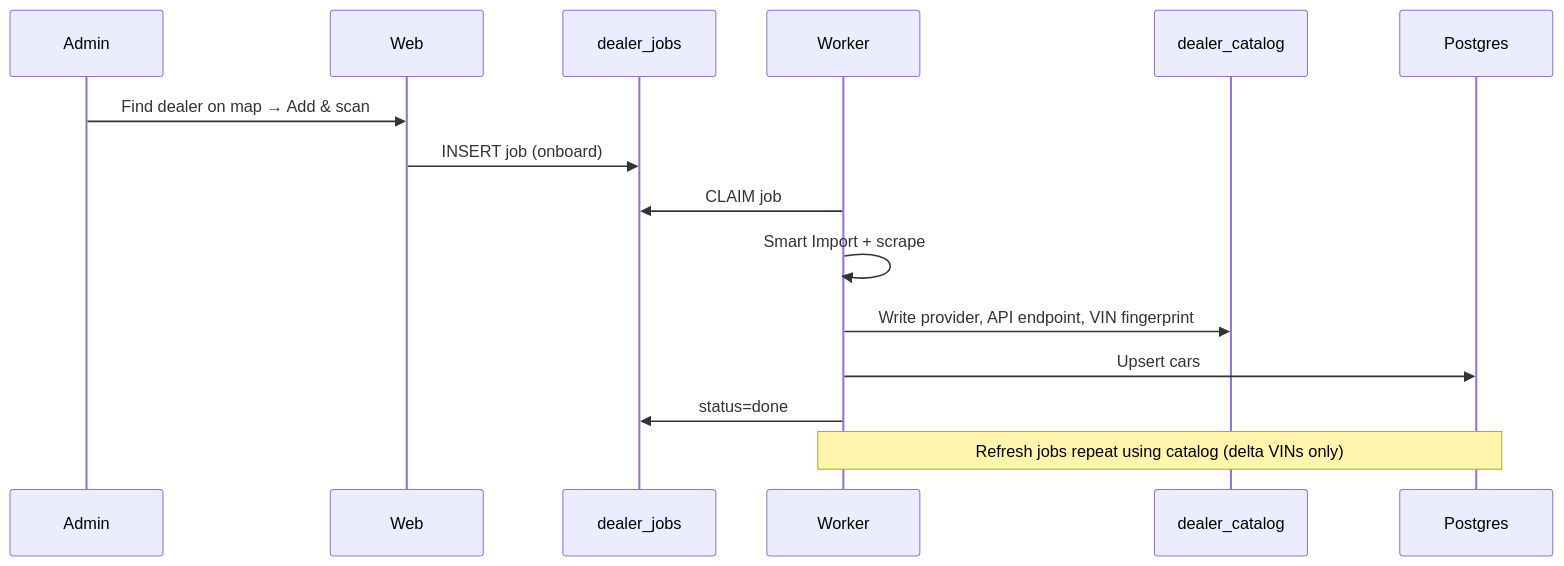
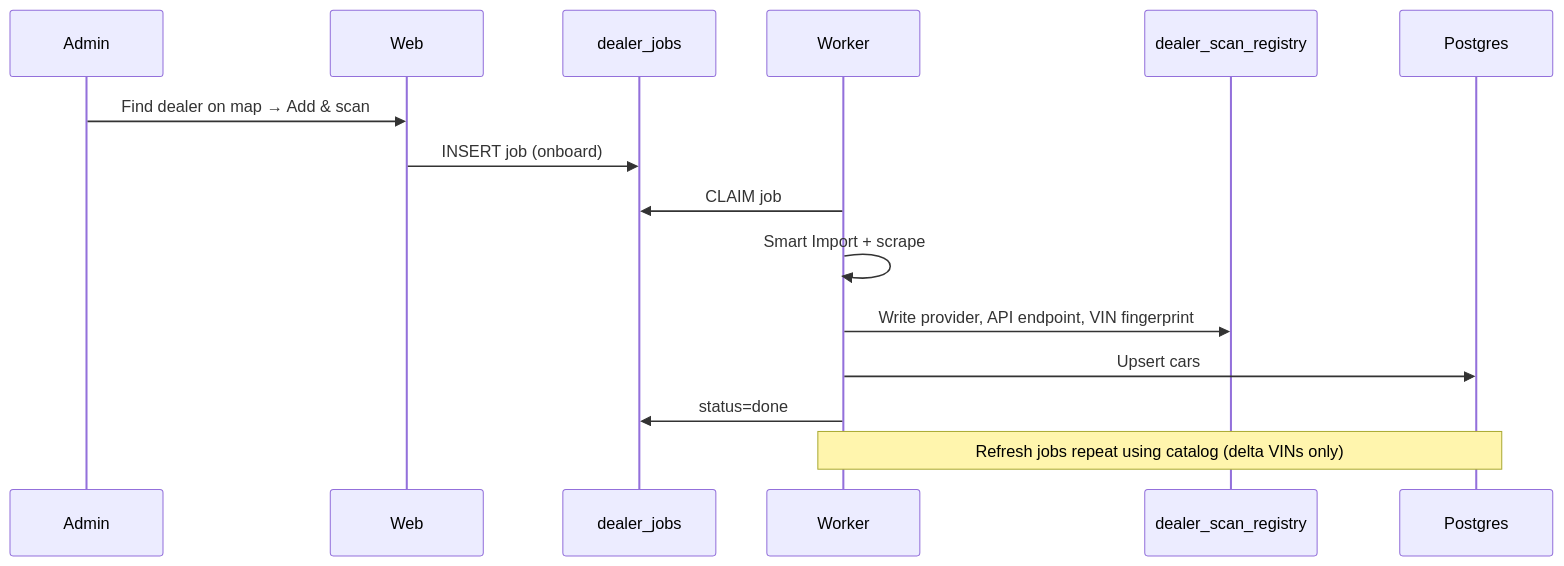
One commit to asarrafi47/DealershipScanner changed the second of 2 diagrams in docs/PLATFORM_MASTER_PLAN.md. Above: the diagram before and after it, drawn with Mermaid. The commit also changed other lines of this file and 12197 other files, not shown here.

First line of the commit message:
Align Postgres inventory schema with code and consolidate dealer/catalog paths.

````diff
--- a/docs/PLATFORM_MASTER_PLAN.md
+++ b/docs/PLATFORM_MASTER_PLAN.md
@@ -177,18 +177,18 @@
 ```mermaid
 sequenceDiagram
   participant Admin
   participant Web
   participant Queue as dealer_jobs
   participant Worker
-  participant Cat as dealer_catalog
+  participant Cat as dealer_scan_registry
   participant PG as Postgres
 
   Admin->>Web: Find dealer on map → Add & scan
   Web->>Queue: INSERT job (onboard)
   Worker->>Queue: CLAIM job
   Worker->>Worker: Smart Import + scrape
   Worker->>Cat: Write provider, API endpoint, VIN fingerprint
   Worker->>PG: Upsert cars
   Worker->>Queue: status=done
   Note over Worker,PG: Refresh jobs repeat using catalog (delta VINs only)
 ```
````
